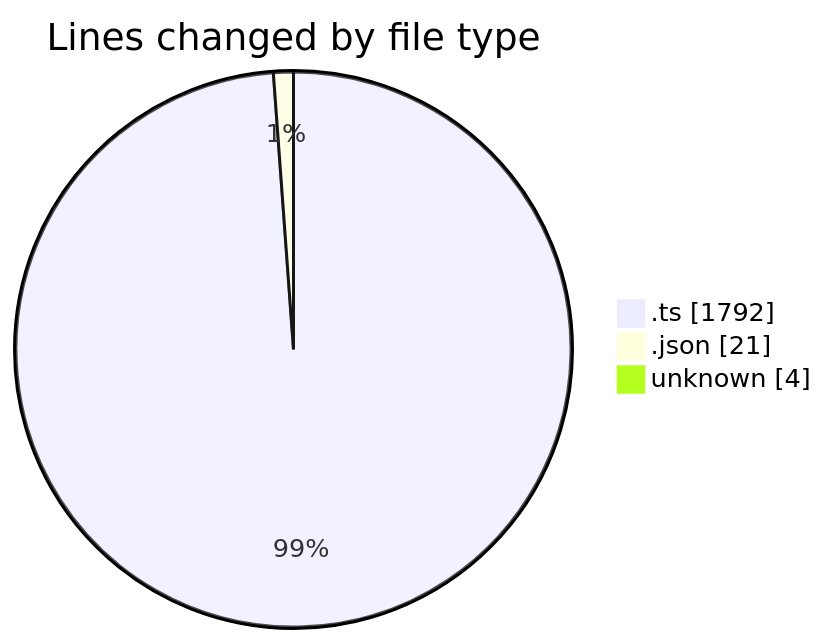
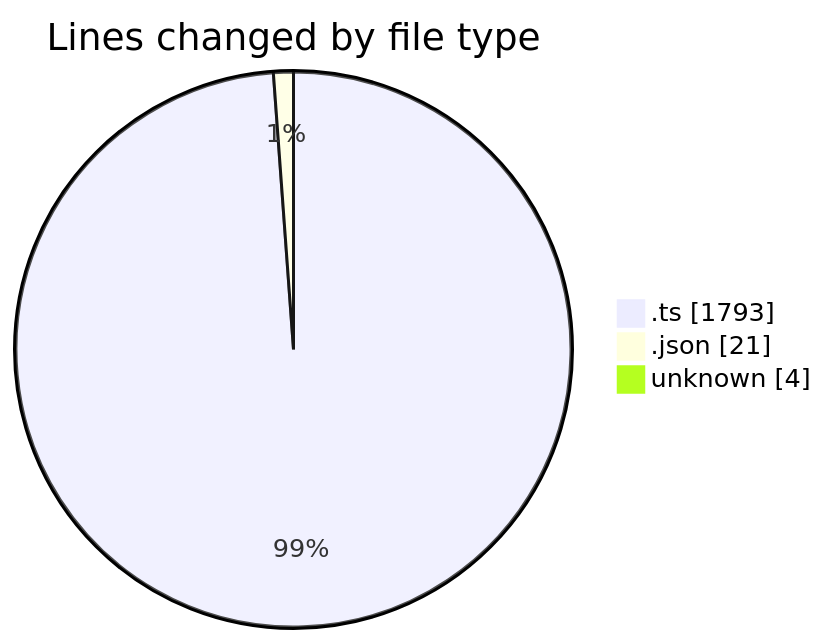
The first of 2 diagrams in 2026-02-03/singularitybrainai/README.md (tmsrecording-cyber/code-tracking), drawn with Mermaid before and after one commit. The commit also changed other lines of this file and 1 other file, not shown here.

````diff
--- a/2026-02-03/singularitybrainai/README.md
+++ b/2026-02-03/singularitybrainai/README.md
@@ -23,7 +23,7 @@
 ```mermaid
 pie showData
 title Lines changed by file type
-".ts" : 1792
+".ts" : 1793
 ".json" : 21
 "unknown" : 4
 ```
````
